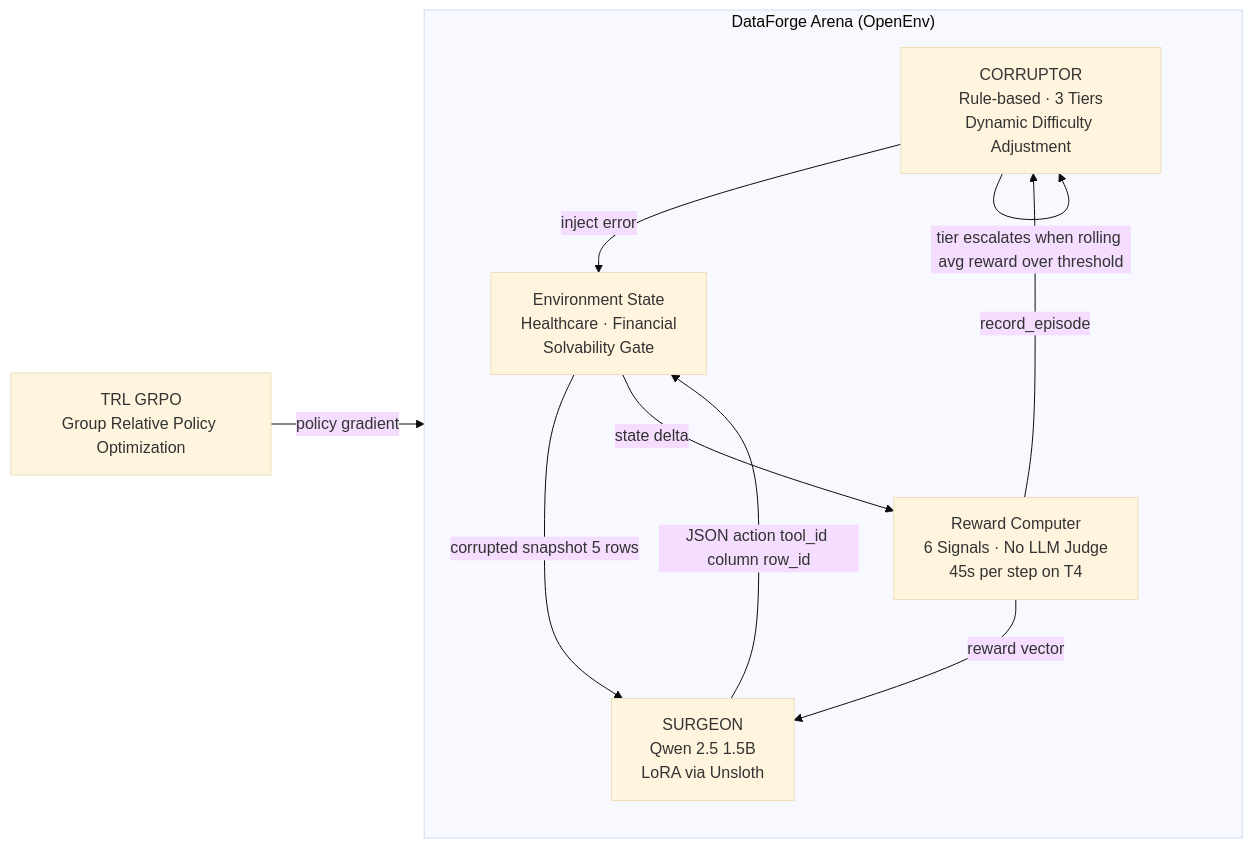
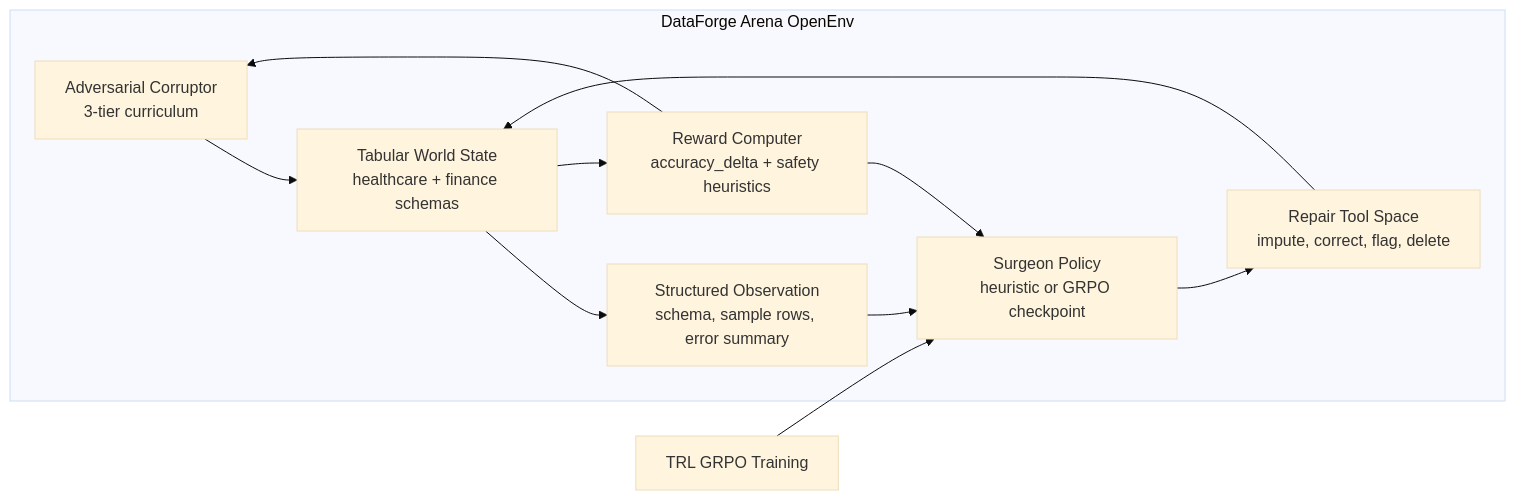
The diagram in README.md (vivekyarra/dataforge-arena), drawn with Mermaid (base theme) before and after one commit. The commit also changed other lines of this file and 11 other files, not shown here.

````diff
--- a/README.md
+++ b/README.md
@@ -35,18 +84,20 @@
 ```mermaid
 flowchart LR
-    subgraph ARENA ["DataForge Arena (OpenEnv)"]
-        direction TB
-        C["CORRUPTOR\nRule-based · 3 Tiers\nDynamic Difficulty Adjustment"]
-        E["Environment State\nHealthcare · Financial\nSolvability Gate"]
-        S["SURGEON\nQwen 2.5 1.5B\nLoRA via Unsloth"]
-        R["Reward Computer\n6 Signals · No LLM Judge\n45s per step on T4"]
-        C -->|inject error| E
-        E -->|corrupted snapshot 5 rows| S
-        S -->|JSON action tool_id column row_id| E
-        E -->|state delta| R
-        R -->|reward vector| S
+    subgraph OPENENV["DataForge Arena OpenEnv"]
+        C["Adversarial Corruptor\n3-tier curriculum"]
+        E["Tabular World State\nhealthcare + finance schemas"]
+        O["Structured Observation\nschema, sample rows, error summary"]
+        A["Surgeon Policy\nheuristic or GRPO checkpoint"]
+        T["Repair Tool Space\nimpute, correct, flag, delete"]
+        R["Reward Computer\naccuracy_delta + safety heuristics"]
+        C --> E
+        E --> O
+        O --> A
+        A --> T
+        T --> E
+        E --> R
+        R --> A
+        R --> C
     end
-    TRL["TRL GRPO\nGroup Relative Policy Optimization"] -->|policy gradient| S
-    R -->|record_episode| C
-    C -->|tier escalates when rolling avg reward over threshold| C
+    TRL["TRL GRPO Training"] --> A
 ```
````
